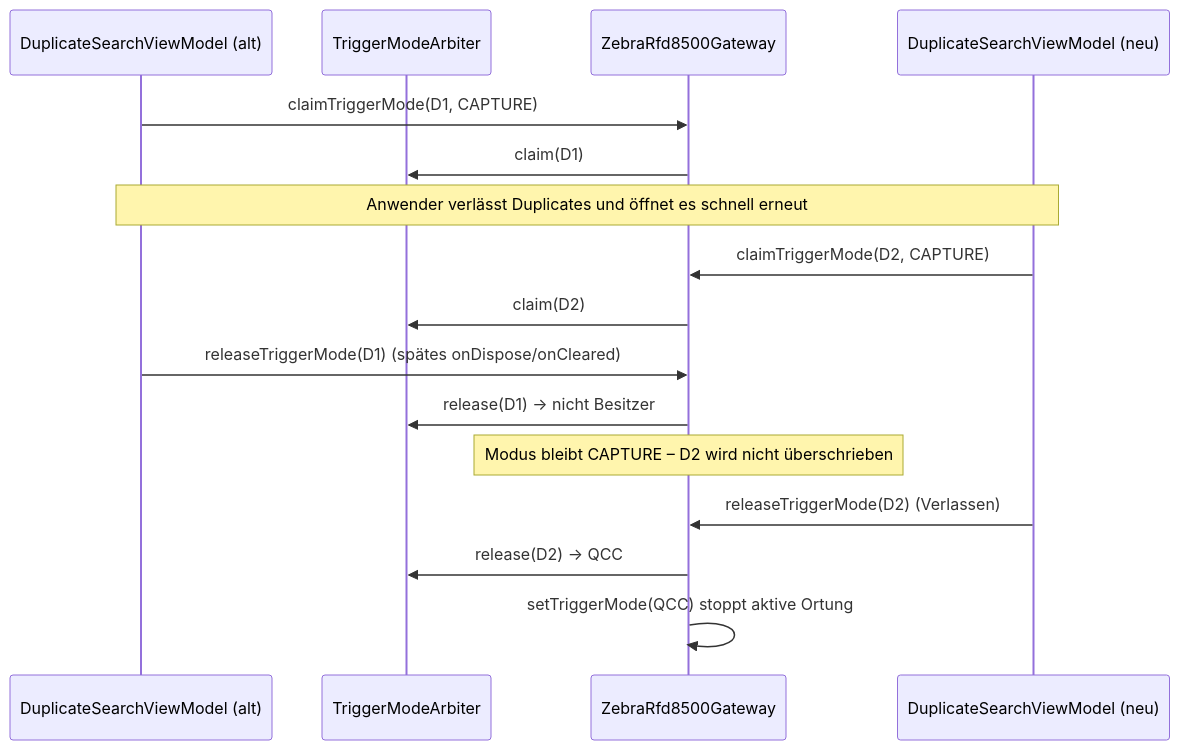
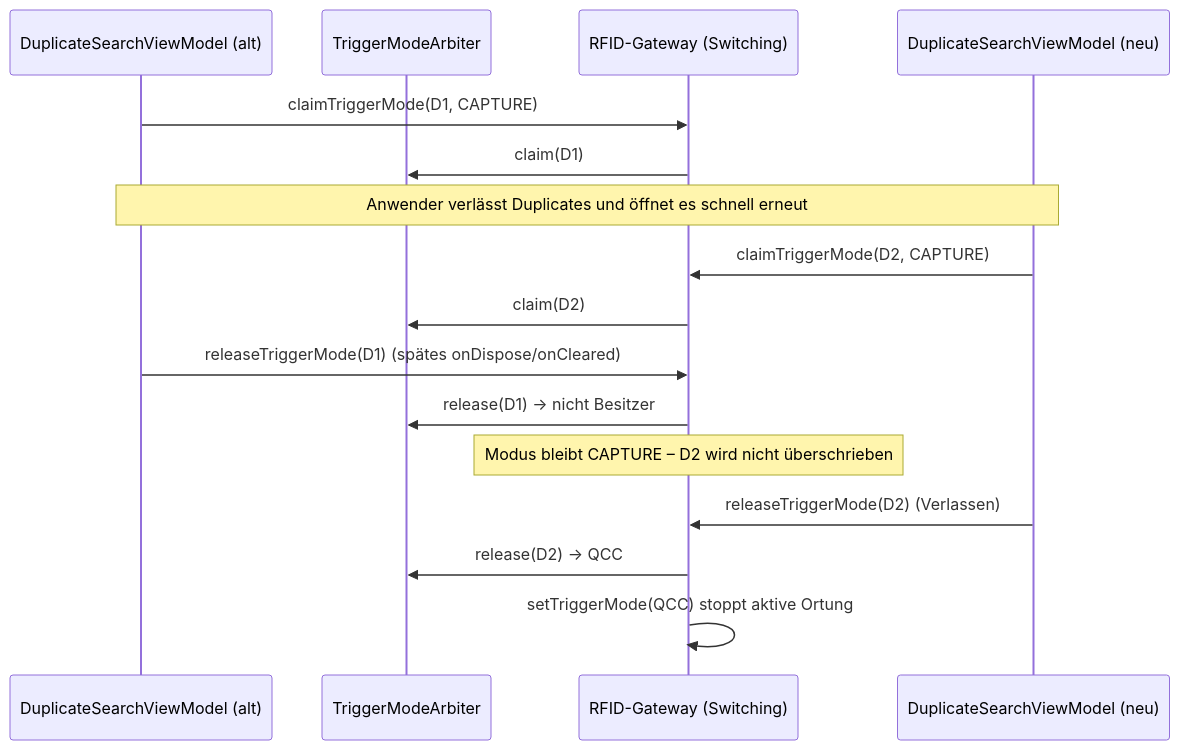
One commit to Kamilski86/QCC changed the fourth of 5 diagrams in docs/confluence/05-architektur.md. Above: the diagram before and after it, drawn with Mermaid. The commit also changed other lines of this file and 38 other files, not shown here.

First line of the commit message:
feat(rfid): Honeywell IH45 as second RFID reader (USB), reader switching, trigger-confirmed finds

````diff
--- a/docs/confluence/05-architektur.md
+++ b/docs/confluence/05-architektur.md
@@ -178,19 +189,19 @@
 ```mermaid
 sequenceDiagram
     participant D1 as DuplicateSearchViewModel (alt)
     participant A as TriggerModeArbiter
-    participant G as ZebraRfd8500Gateway
+    participant G as RFID-Gateway (Switching)
     participant D2 as DuplicateSearchViewModel (neu)
 
     D1->>G: claimTriggerMode(D1, CAPTURE)
     G->>A: claim(D1)
     Note over D1,D2: Anwender verlässt Duplicates und öffnet es schnell erneut
     D2->>G: claimTriggerMode(D2, CAPTURE)
     G->>A: claim(D2)
     D1->>G: releaseTriggerMode(D1)  (spätes onDispose/onCleared)
     G->>A: release(D1) → nicht Besitzer
     Note over G: Modus bleibt CAPTURE – D2 wird nicht überschrieben
     D2->>G: releaseTriggerMode(D2)  (Verlassen)
     G->>A: release(D2) → QCC
     G->>G: setTriggerMode(QCC) stoppt aktive Ortung
 ```
````
